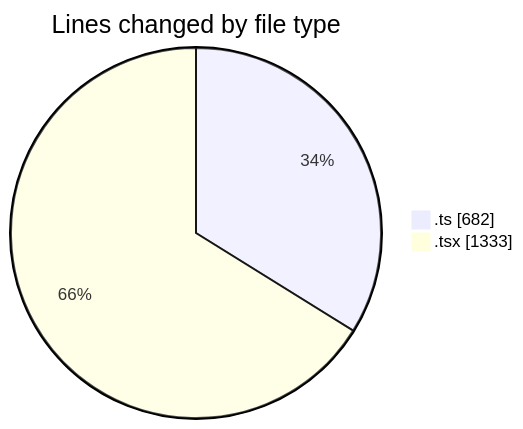
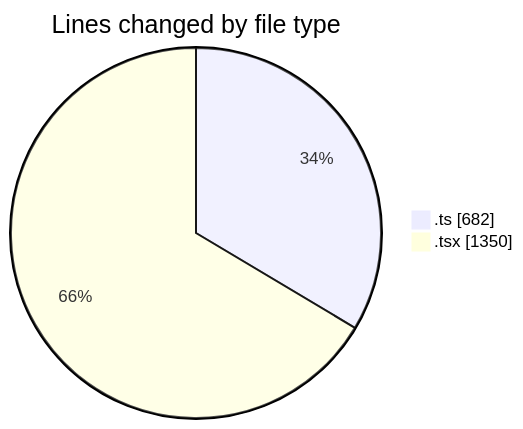
One commit to nxtqubesakshisongat/code-tracking changed the first of 2 diagrams in 2026-03-23/nxtqube_webapp/README.md. Above: the diagram before and after it, drawn with Mermaid. The commit also changed other lines of this file and 1 other file, not shown here.

````diff
--- a/2026-03-23/nxtqube_webapp/README.md
+++ b/2026-03-23/nxtqube_webapp/README.md
@@ -23,6 +23,6 @@
 ```mermaid
 pie showData
 title Lines changed by file type
 ".ts" : 682
-".tsx" : 1333
+".tsx" : 1350
 ```
````
